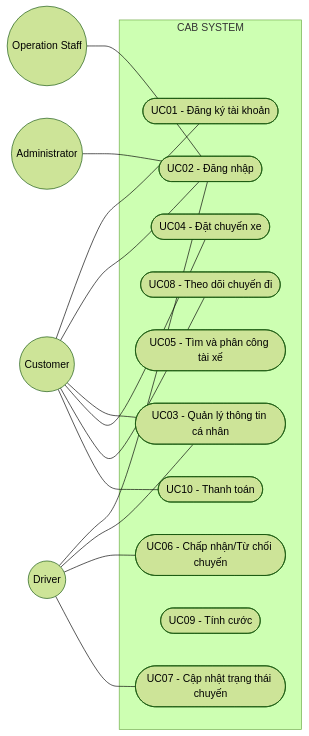
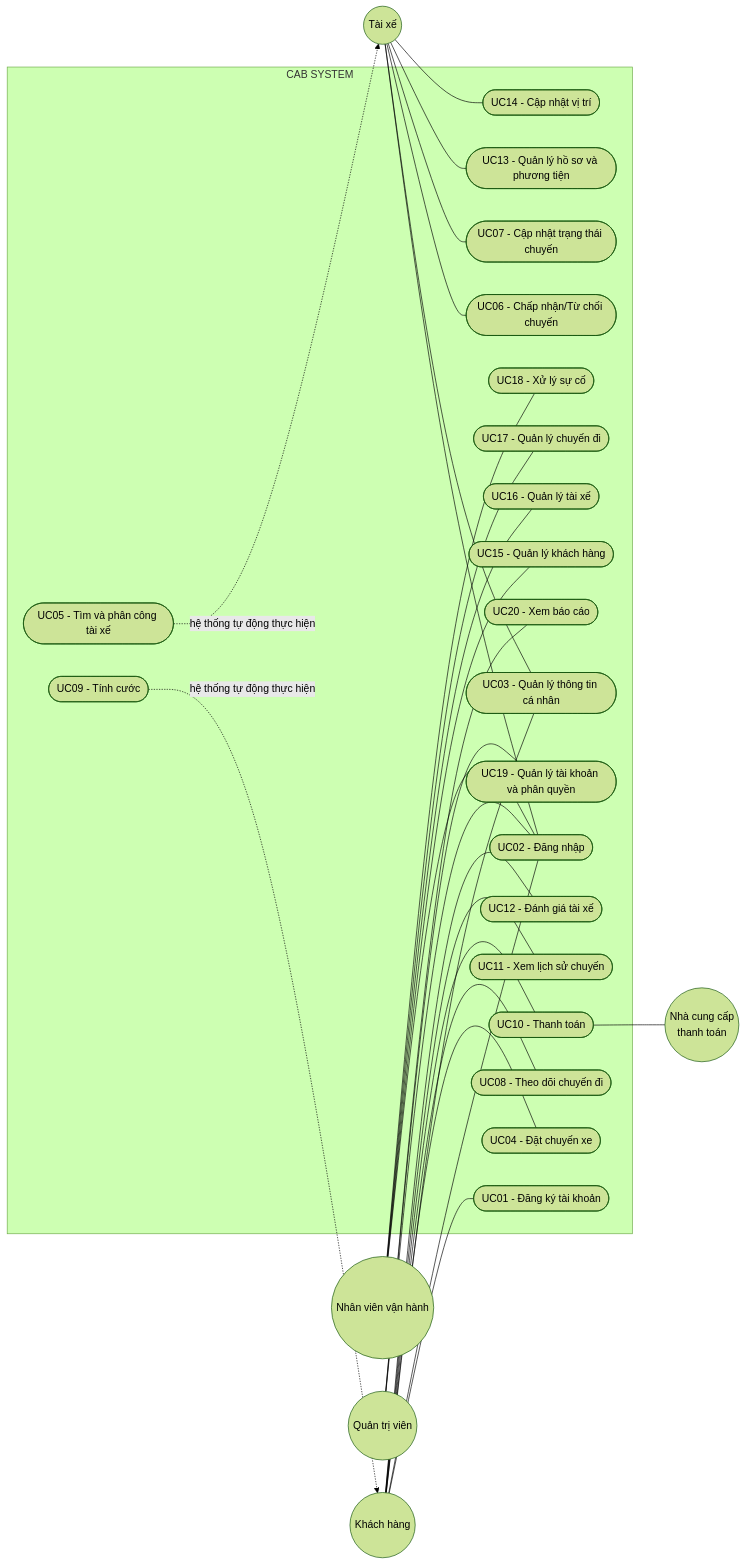
Before and after one commit to PhanDinhNguyen05/23683721_PhanDinhNguyen_cabsystem: diagram 14 of 15 in srs.md, drawn with Mermaid (forest theme). The commit also changed other lines of this file, not shown here.

````diff
--- a/srs.md
+++ b/srs.md
@@ -910,35 +911,61 @@
 ```mermaid
 flowchart LR
-    Customer((Customer))
-    Driver((Driver))
-    Staff((Operation Staff))
-    Admin((Administrator))
+    Customer((Khách hàng))
+    Driver((Tài xế))
+    Staff((Nhân viên vận hành))
+    Admin((Quản trị viên))
+    PaymentProvider((Nhà cung cấp<br>thanh toán))
 
     subgraph CAB["CAB SYSTEM"]
         UC01([UC01 - Đăng ký tài khoản])
         UC02([UC02 - Đăng nhập])
         UC03([UC03 - Quản lý thông tin cá nhân])
         UC04([UC04 - Đặt chuyến xe])
         UC05([UC05 - Tìm và phân công tài xế])
         UC06([UC06 - Chấp nhận/Từ chối chuyến])
         UC07([UC07 - Cập nhật trạng thái chuyến])
         UC08([UC08 - Theo dõi chuyến đi])
         UC09([UC09 - Tính cước])
         UC10([UC10 - Thanh toán])
+        UC11([UC11 - Xem lịch sử chuyến])
+        UC12([UC12 - Đánh giá tài xế])
+        UC13([UC13 - Quản lý hồ sơ và phương tiện])
+        UC14([UC14 - Cập nhật vị trí])
+        UC15([UC15 - Quản lý khách hàng])
+        UC16([UC16 - Quản lý tài xế])
+        UC17([UC17 - Quản lý chuyến đi])
+        UC18([UC18 - Xử lý sự cố])
+        UC19([UC19 - Quản lý tài khoản và phân quyền])
+        UC20([UC20 - Xem báo cáo])
     end
 
     Customer --- UC01
     Customer --- UC02
     Customer --- UC03
     Customer --- UC04
     Customer --- UC08
     Customer --- UC10
+    Customer --- UC11
+    Customer --- UC12
 
     Driver --- UC02
     Driver --- UC03
     Driver --- UC06
     Driver --- UC07
+    Driver --- UC13
+    Driver --- UC14
 
     Staff --- UC02
+    Staff --- UC15
+    Staff --- UC16
+    Staff --- UC17
+    Staff --- UC18
+
     Admin --- UC02
+    Admin --- UC19
+    Admin --- UC20
+
+    UC05 -. hệ thống tự động thực hiện .-> Driver
+    UC09 -. hệ thống tự động thực hiện .-> Customer
+    UC10 --- PaymentProvider
 ```
````
